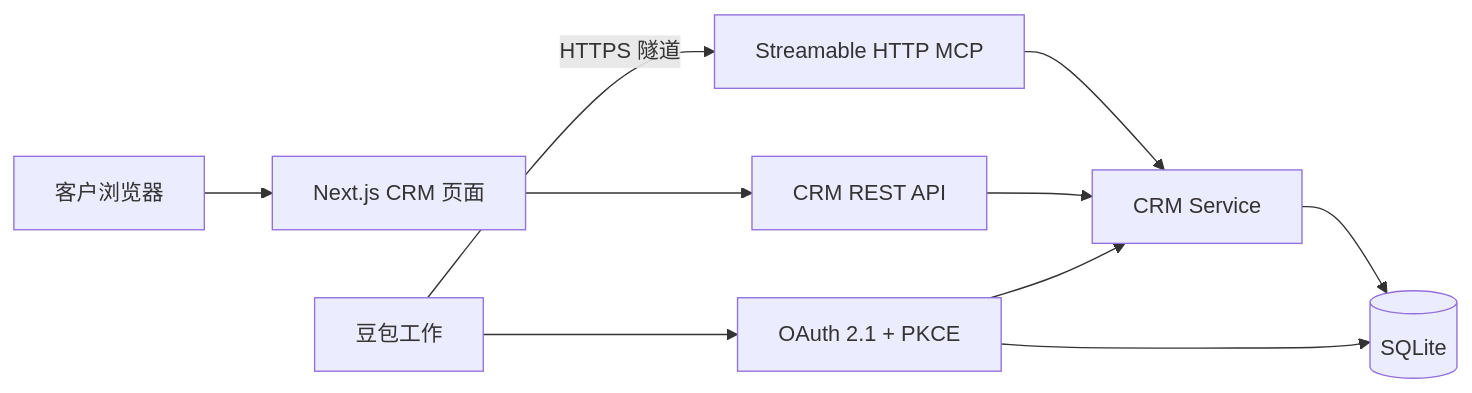
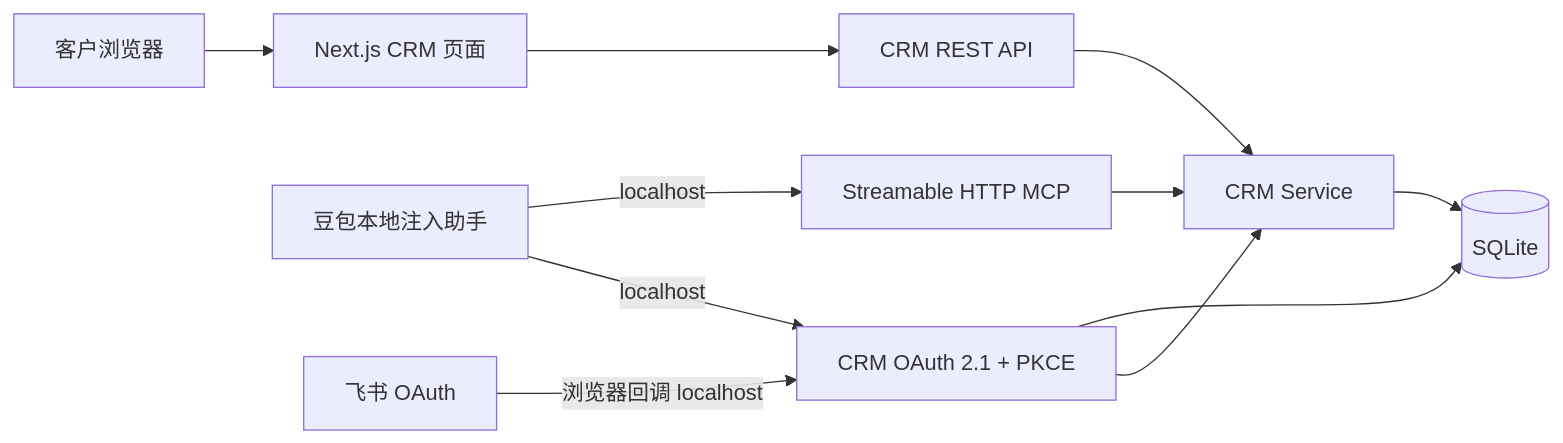
The first of 4 diagrams in docs/architecture.md (vibe-lark/magic-crm-local), drawn with Mermaid before and after one commit. The commit also changed other lines of this file and 31 other files, not shown here.

````diff
--- a/docs/architecture.md
+++ b/docs/architecture.md
@@ -7,12 +9,13 @@
 ```mermaid
 flowchart LR
   Browser[客户浏览器] --> Web[Next.js CRM 页面]
-  Doubao[豆包工作] -->|HTTPS 隧道| MCP[Streamable HTTP MCP]
+  Doubao[豆包本地注入助手] -->|localhost| MCP[Streamable HTTP MCP]
+  Feishu[飞书 OAuth] -->|浏览器回调 localhost| OAuth[CRM OAuth 2.1 + PKCE]
   Web --> REST[CRM REST API]
   MCP --> Service[CRM Service]
   REST --> Service
   Service --> DB[(SQLite)]
-  Doubao --> OAuth[OAuth 2.1 + PKCE]
+  Doubao -->|localhost| OAuth
   OAuth --> DB
   OAuth --> Service
 ```
````
